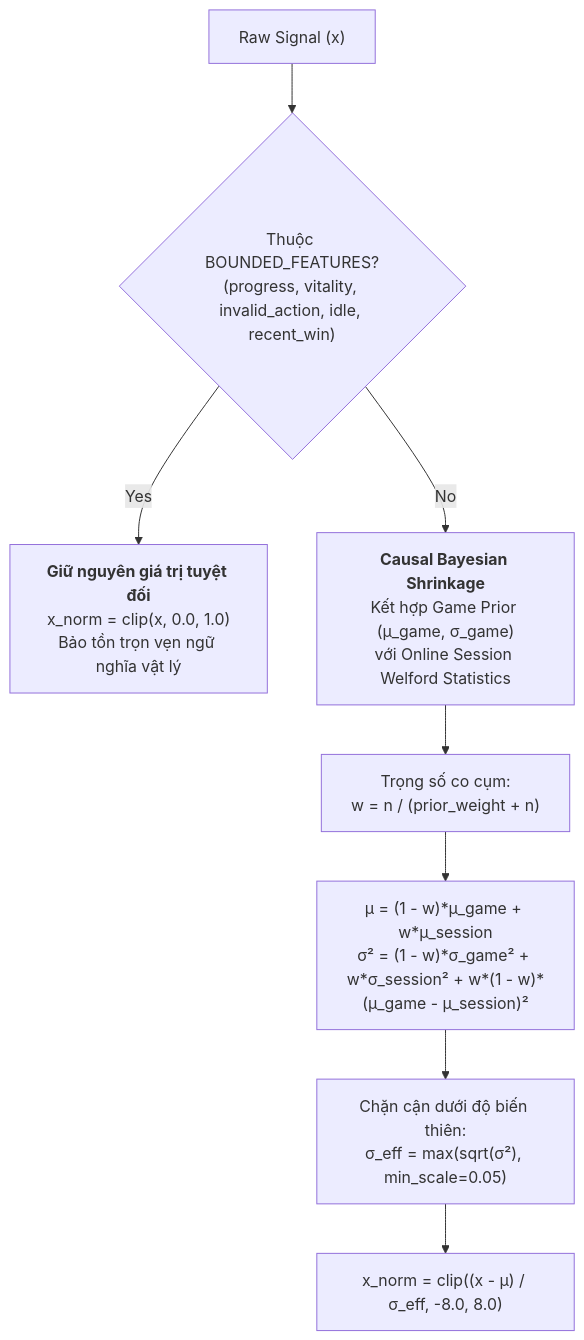
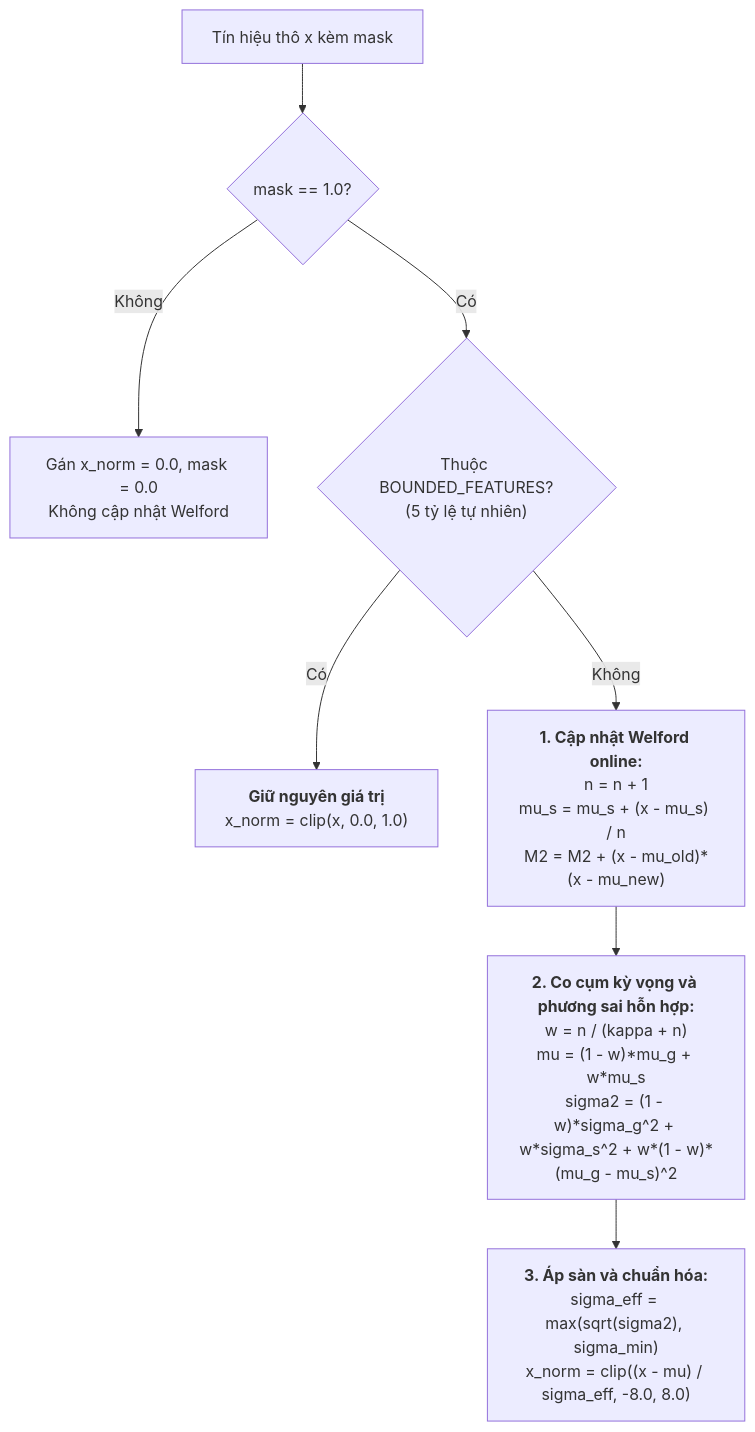
Before and after one commit to sonbm-itealvn/DDA-models: the ninth of 16 diagrams in SYSTEM_ARCHITECTURE_ANALYSIS.md, drawn with Mermaid. The commit also changed other lines of this file and 2 other files, not shown here.

````diff
--- a/SYSTEM_ARCHITECTURE_ANALYSIS.md
+++ b/SYSTEM_ARCHITECTURE_ANALYSIS.md
@@ -311,11 +563,13 @@
 ```mermaid
 flowchart TD
-    In["Raw Signal (x)"] --> Check{"Thuộc BOUNDED_FEATURES?<br/>(progress, vitality, invalid_action, idle, recent_win)"}
-    Check -- Yes --> Bounded["<b>Giữ nguyên giá trị tuyệt đối</b><br/>x_norm = clip(x, 0.0, 1.0)<br/>Bảo tồn trọn vẹn ngữ nghĩa vật lý"]
-    Check -- No --> Unbounded["<b>Causal Bayesian Shrinkage</b><br/>Kết hợp Game Prior (μ_game, σ_game)<br/>với Online Session Welford Statistics"]
+    In["Tín hiệu thô x kèm mask"] --> MCheck{"mask == 1.0?"}
+    MCheck -->|"Không"| MZero["Gán x_norm = 0.0, mask = 0.0<br/>Không cập nhật Welford"]
+    MCheck -->|"Có"| BCheck{"Thuộc BOUNDED_FEATURES?<br/>(5 tỷ lệ tự nhiên)"}
     
-    Unbounded --> Weight["Trọng số co cụm:<br/>w = n / (prior_weight + n)"]
-    Weight --> MeanVar["μ = (1 - w)*μ_game + w*μ_session<br/>σ² = (1 - w)*σ_game² + w*σ_session² + w*(1 - w)*(μ_game - μ_session)²"]
-    MeanVar --> Floor["Chặn cận dưới độ biến thiên:<br/>σ_eff = max(sqrt(σ²), min_scale=0.05)"]
-    Floor --> Clip["x_norm = clip((x - μ) / σ_eff, -8.0, 8.0)"]
+    BCheck -->|"Có"| BClip["<b>Giữ nguyên giá trị</b><br/>x_norm = clip(x, 0.0, 1.0)"]
+    BCheck -->|"Không"| WUp["<b>1. Cập nhật Welford online:</b><br/>n = n + 1<br/>mu_s = mu_s + (x - mu_s) / n<br/>M2 = M2 + (x - mu_old)*(x - mu_new)"]
+    
+    WUp --> Bayes["<b>2. Co cụm kỳ vọng và phương sai hỗn hợp:</b><br/>w = n / (kappa + n)<br/>mu = (1 - w)*mu_g + w*mu_s<br/>sigma2 = (1 - w)*sigma_g^2 + w*sigma_s^2 + w*(1 - w)*(mu_g - mu_s)^2"]
+    
+    Bayes --> Floor["<b>3. Áp sàn và chuẩn hóa:</b><br/>sigma_eff = max(sqrt(sigma2), sigma_min)<br/>x_norm = clip((x - mu) / sigma_eff, -8.0, 8.0)"]
 ```
````
